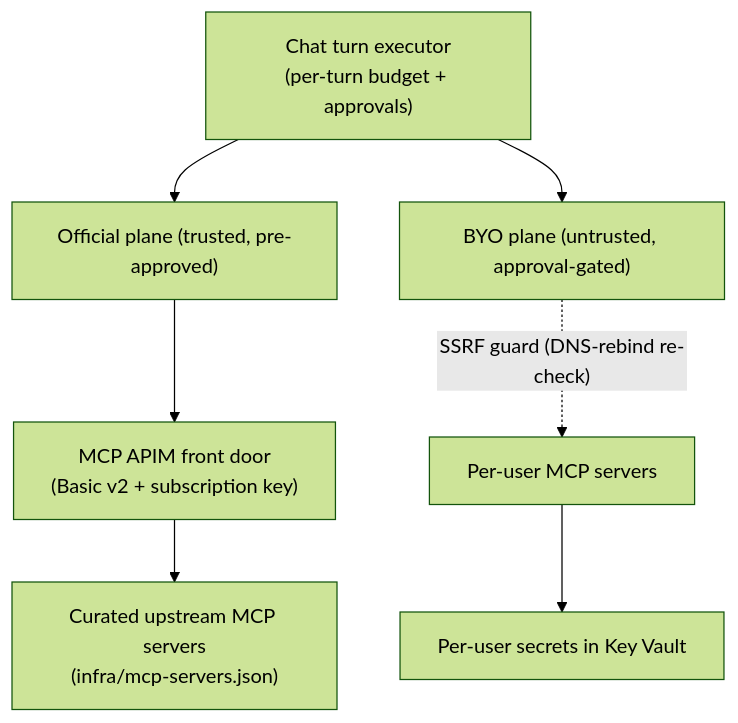
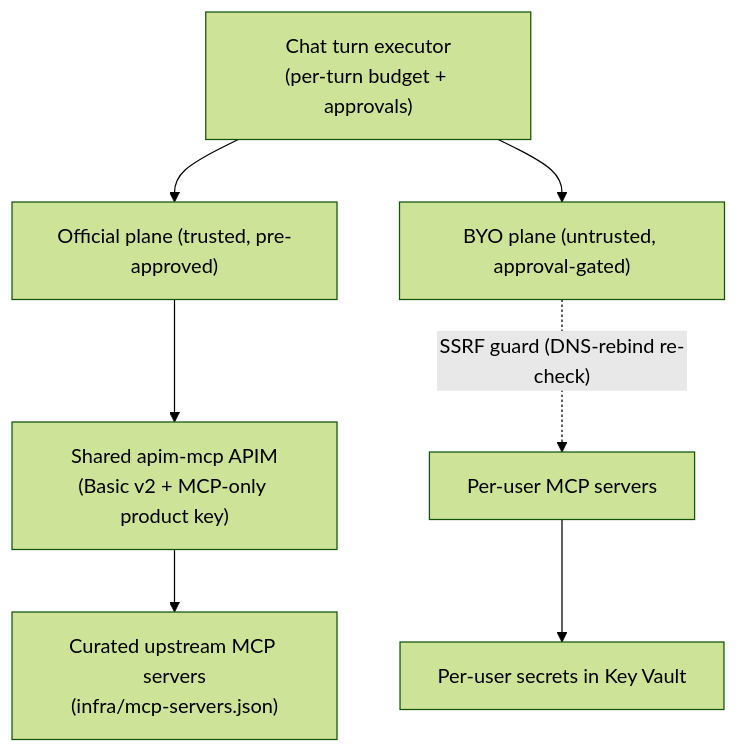
Before and after one commit to ian-t-adams/AI4IA: the fifth of 5 diagrams in docs/architecture.md, drawn with Mermaid (forest theme). The commit also changed other lines of this file and 24 other files, not shown here.

Commit message:
Fix shared Basic v2 APIM consolidation

````diff
--- a/docs/architecture.md
+++ b/docs/architecture.md
@@ -240,10 +241,10 @@
 ```mermaid
 flowchart TB
   Turn["Chat turn executor<br/>(per-turn budget + approvals)"]
   Turn --> Official["Official plane (trusted, pre-approved)"]
   Turn --> Byo["BYO plane (untrusted, approval-gated)"]
-  Official --> ApimMcp["MCP APIM front door<br/>(Basic v2 + subscription key)"]
+  Official --> ApimMcp["Shared apim-mcp APIM<br/>(Basic v2 + MCP-only product key)"]
   ApimMcp --> Curated["Curated upstream MCP servers<br/>(infra/mcp-servers.json)"]
   Byo -. "SSRF guard (DNS-rebind re-check)" .-> UserSrv["Per-user MCP servers"]
   UserSrv --> Kv["Per-user secrets in Key Vault"]
 ```
````
